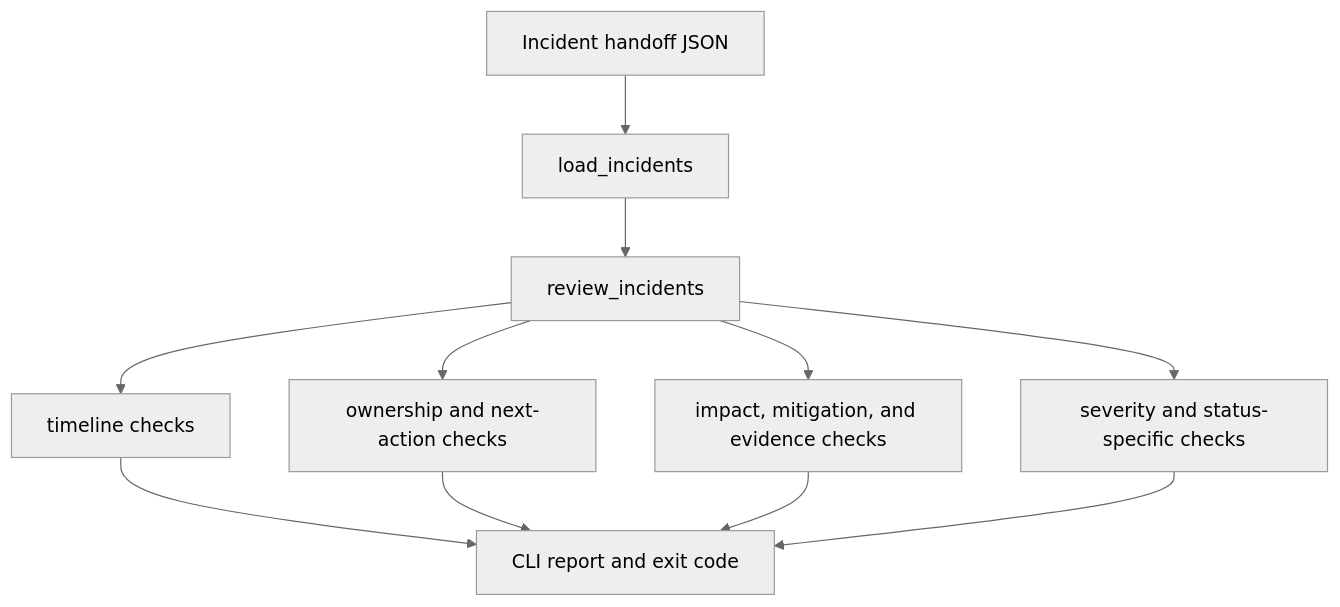
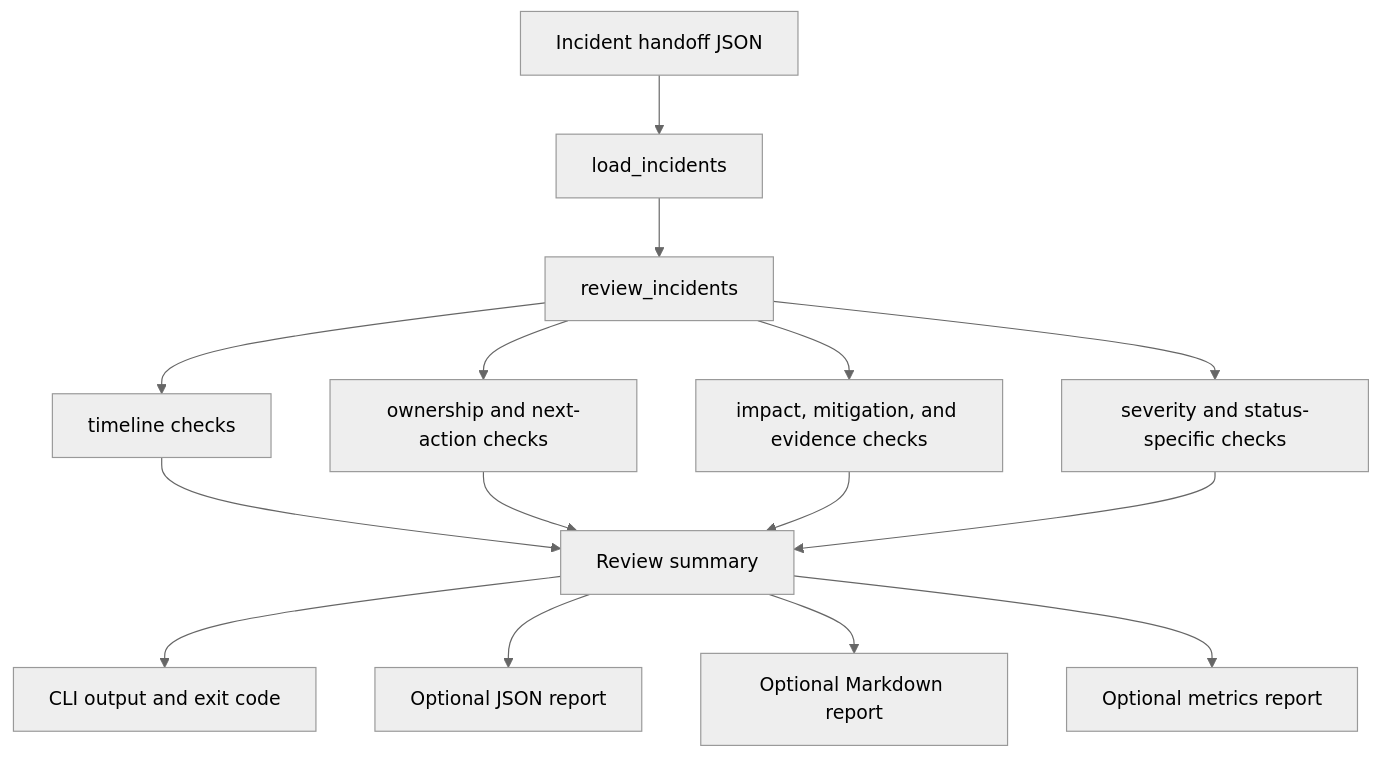
Before and after one commit to Nagadeepak1998/incident-handoff-readiness-check: the diagram in README.md, drawn with Mermaid (neutral theme). The commit also changed other lines of this file and 8 other files, not shown here.

````diff
--- a/README.md
+++ b/README.md
@@ -34,13 +35,17 @@
 ```mermaid
 flowchart TD
     A["Incident handoff JSON"] --> B["load_incidents"]
     B --> C["review_incidents"]
     C --> D["timeline checks"]
     C --> E["ownership and next-action checks"]
     C --> F["impact, mitigation, and evidence checks"]
     C --> G["severity and status-specific checks"]
-    D --> H["CLI report and exit code"]
+    D --> H["Review summary"]
     E --> H
     F --> H
     G --> H
+    H --> I["CLI output and exit code"]
+    H --> J["Optional JSON report"]
+    H --> K["Optional Markdown report"]
+    H --> L["Optional metrics report"]
 ```
````
